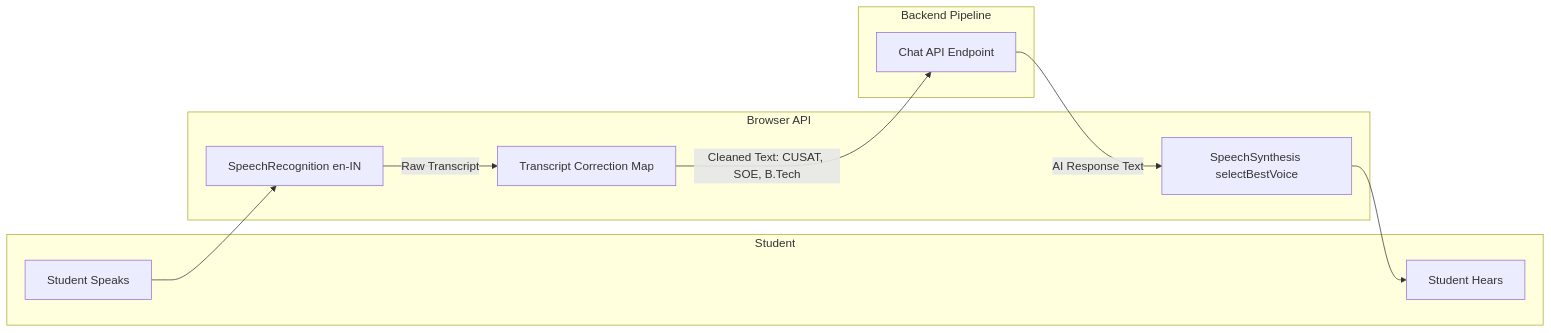
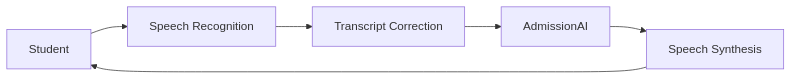
Before and after one commit to abinavdev/admission-ai-v2: the second of 2 diagrams in README.md, drawn with Mermaid. The commit also changed other lines of this file and 7 other files, not shown here.

````diff
--- a/README.md
+++ b/README.md
@@ -103,23 +258,13 @@
 ```mermaid
 graph LR
-    subgraph Student
-        S[Student Speaks]
-        H[Student Hears]
-    end
 
-    subgraph Browser API
-        SR[SpeechRecognition en-IN]
-        TCM[Transcript Correction Map]
-        SSy[SpeechSynthesis selectBestVoice]
-    end
+A[Student] --> B[Speech Recognition]
 
-    subgraph Backend Pipeline
-        API[Chat API Endpoint]
-    end
+B --> C[Transcript Correction]
 
-    S --> SR
-    SR -->|Raw Transcript| TCM
-    TCM -->|Cleaned Text: CUSAT, SOE, B.Tech| API
-    API -->|AI Response Text| SSy
-    SSy --> H
+C --> D[AdmissionAI]
+
+D --> E[Speech Synthesis]
+
+E --> A
 ```
````
